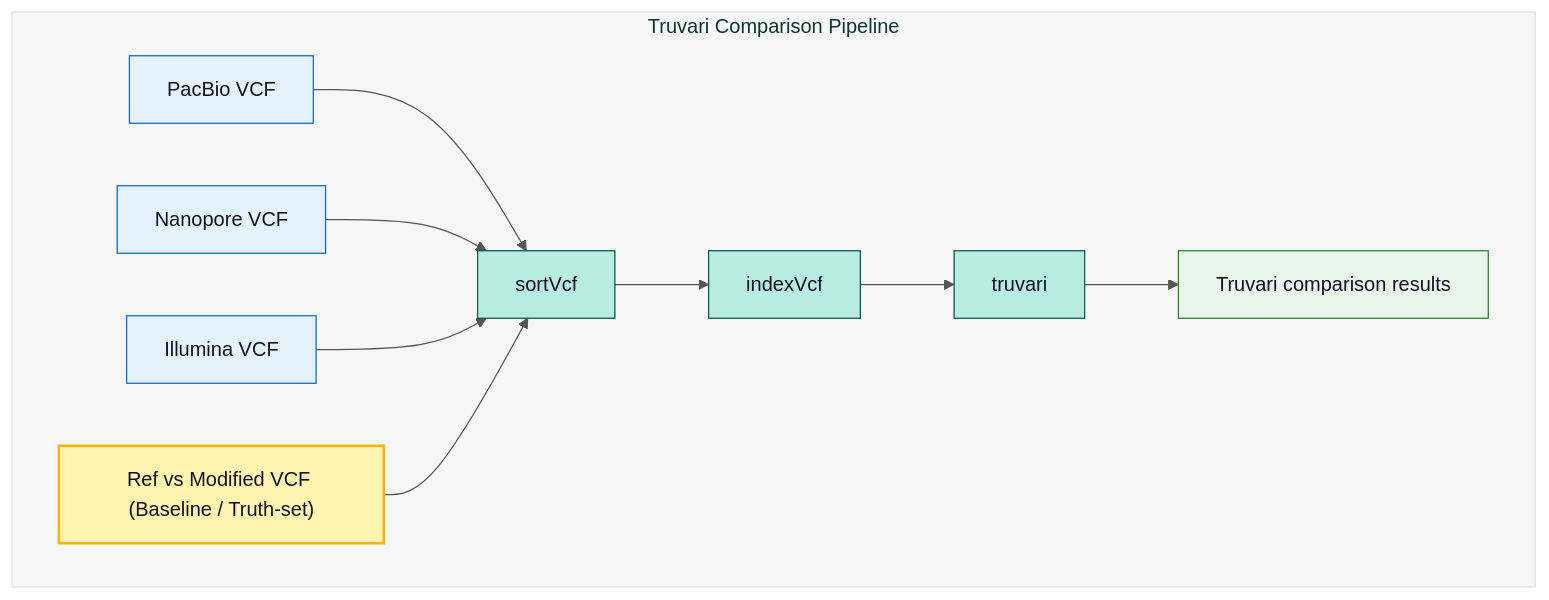
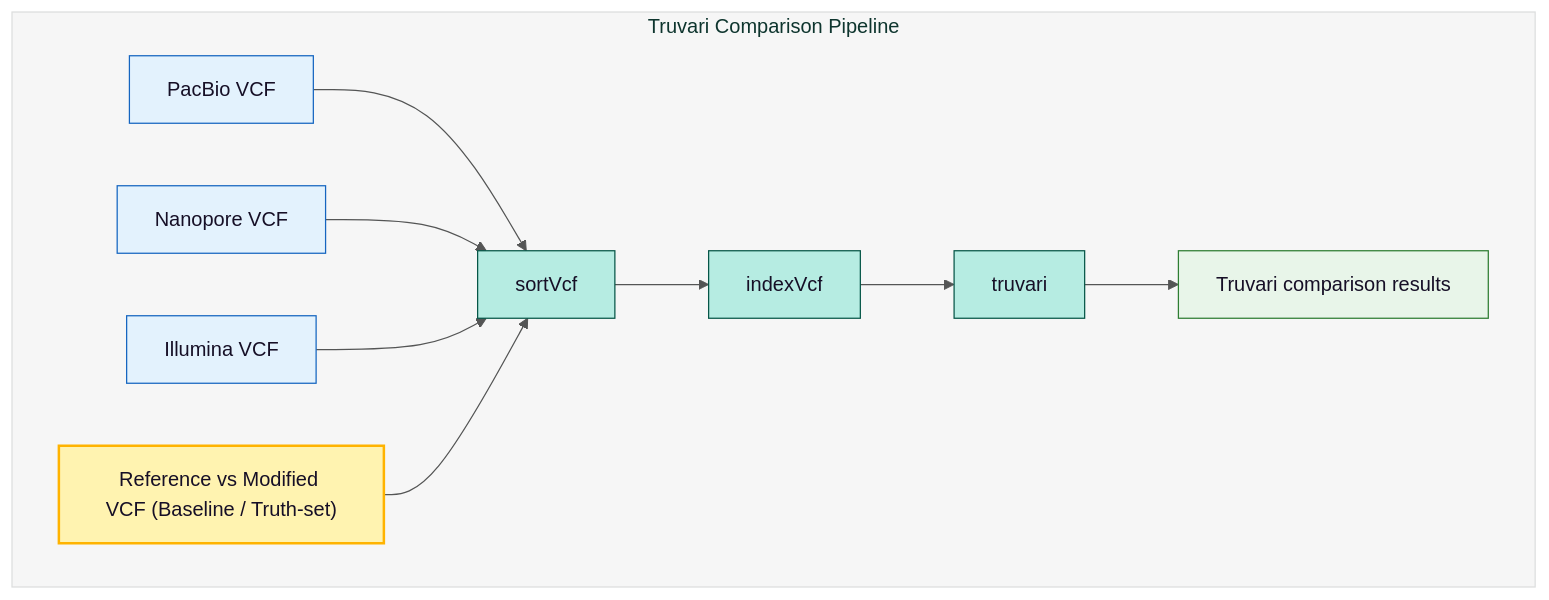
Before and after one commit to denisHanch/efsa_pipeline: the fourth of 7 diagrams in README.md, drawn with Mermaid. The commit also changed other lines of this file and 2 other files, not shown here.

````diff
--- a/README.md
+++ b/README.md
@@ -859,47 +849,47 @@
 ```mermaid
 %%{init: {
   "theme": "base",
   "themeVariables": {
     "primaryColor": "#B6ECE2",
     "primaryTextColor": "#160F26",
     "primaryBorderColor": "#065647",
     "lineColor": "#545555",
     "clusterBkg": "#BABCBD22",
     "clusterBorder": "#DDDEDE",
     "fontFamily": "arial"
   }
 }}%%
 flowchart TB
 
 %% ===== TRUVARI COMPARISON PIPELINE =====
 subgraph Truvari_Comparision_Pipeline["Truvari Comparison Pipeline"]
     %% Inputs
-    REF_MOD_VCF["Ref vs Modified VCF (Baseline / Truth-set)"]:::truthset
+    REF_MOD_VCF["Reference vs Modified VCF (Baseline / Truth-set)"]:::truthset
     PB_VCF["PacBio VCF"]:::input
     ONT_VCF["Nanopore VCF"]:::input
     IL_VCF["Illumina VCF"]:::input
 
     %% Processes
     SORT_VCF["sortVcf"]:::process
     INDEX_VCF["indexVcf"]:::process
     TRUVARI["truvari"]:::process
 
     %% Output
     TRUVARI_OUT["Truvari comparison results"]:::output
 
     %% Connections
     PB_VCF --> SORT_VCF
     ONT_VCF --> SORT_VCF
     IL_VCF --> SORT_VCF
     REF_MOD_VCF --> SORT_VCF
 
     SORT_VCF --> INDEX_VCF --> TRUVARI --> TRUVARI_OUT
 end
 
 %% ===== STYLING =====
 classDef input fill:#E3F2FD,stroke:#1565C0
 classDef truthset fill:#FFF3B0,stroke:#FFB300,stroke-width:2px
 classDef process fill:#B6ECE2,stroke:#065647
 classDef output fill:#E8F5E9,stroke:#2E7D32
 
 ```
````
